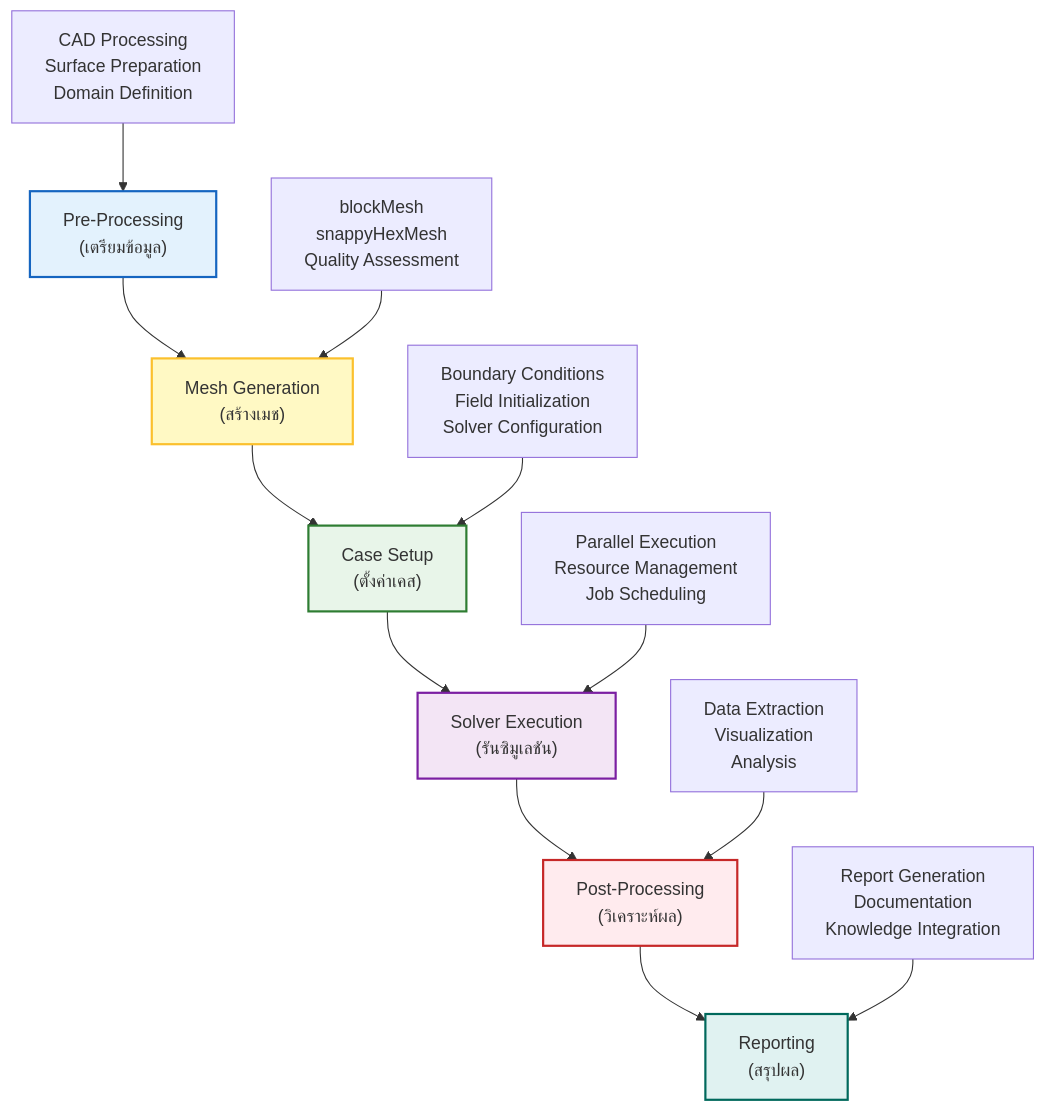
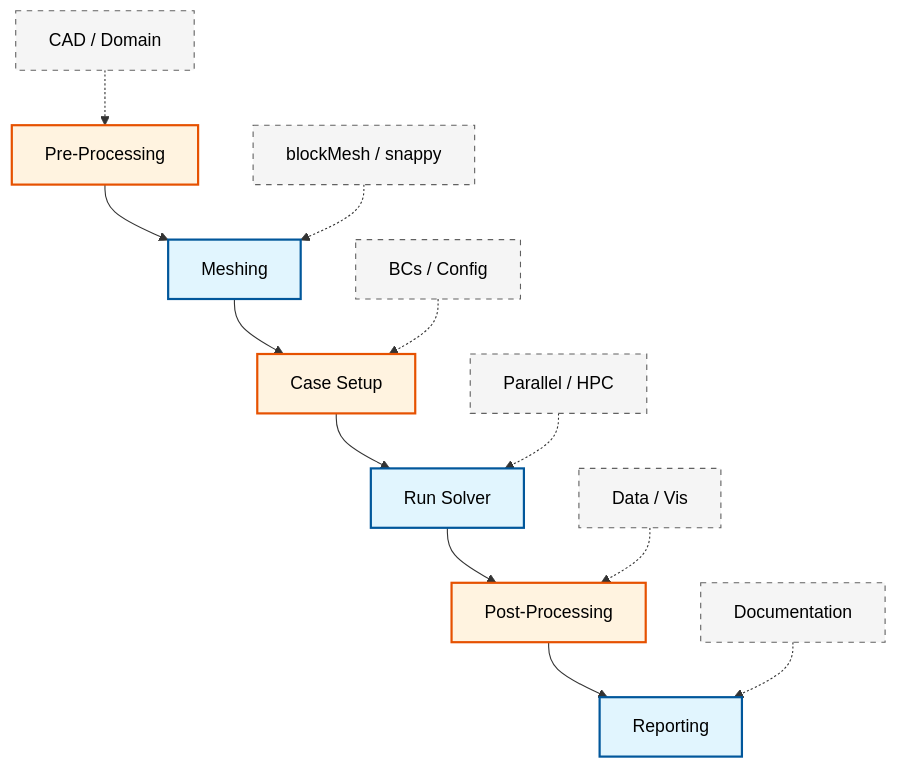
The first of 2 diagrams in MODULE_07_UTILITIES_AUTOMATION/CONTENT/05_AUTOMATION/01_🎯_Overview_Automation_Strategy.md (wramet/build-my-cfd), drawn with Mermaid before and after one commit. The commit also changed other lines of this file and 313 other files, not shown here.

Commit message:
Revise all diagram

````diff
--- a/MODULE_07_UTILITIES_AUTOMATION/CONTENT/05_AUTOMATION/01_🎯_Overview_Automation_Strategy.md
+++ b/MODULE_07_UTILITIES_AUTOMATION/CONTENT/05_AUTOMATION/01_🎯_Overview_Automation_Strategy.md
@@ -11,22 +11,19 @@
 ```mermaid
 flowchart TD
-    A["Pre-Processing<br/>(เตรียมข้อมูล)"] --> B["Mesh Generation<br/>(สร้างเมช)"]
-    B --> C["Case Setup<br/>(ตั้งค่าเคส)"]
-    C --> D["Solver Execution<br/>(รันซิมูเลชัน)"]
-    D --> E["Post-Processing<br/>(วิเคราะห์ผล)"]
-    E --> F["Reporting<br/>(สรุปผล)"]
+classDef implicit fill:#e1f5fe,stroke:#01579b,stroke-width:2px,color:#000
+classDef explicit fill:#fff3e0,stroke:#e65100,stroke-width:2px,color:#000
+classDef context fill:#f5f5f5,stroke:#616161,stroke-width:1px,color:#000,stroke-dasharray: 5 5
 
-    A1["CAD Processing<br/>Surface Preparation<br/>Domain Definition"] --> A
-    B1["blockMesh<br/>snappyHexMesh<br/>Quality Assessment"] --> B
-    C1["Boundary Conditions<br/>Field Initialization<br/>Solver Configuration"] --> C
-    D1["Parallel Execution<br/>Resource Management<br/>Job Scheduling"] --> D
-    E1["Data Extraction<br/>Visualization<br/>Analysis"] --> E
-    F1["Report Generation<br/>Documentation<br/>Knowledge Integration"] --> F
+A[Pre-Processing]:::explicit --> B[Meshing]:::implicit
+B --> C[Case Setup]:::explicit
+C --> D[Run Solver]:::implicit
+D --> E[Post-Processing]:::explicit
+E --> F[Reporting]:::implicit
 
-    style A fill:#e3f2fd,stroke:#1565c0,stroke-width:2px
-    style B fill:#fff9c4,stroke:#fbc02d,stroke-width:2px
-    style C fill:#e8f5e9,stroke:#2e7d32,stroke-width:2px
-    style D fill:#f3e5f5,stroke:#7b1fa2,stroke-width:2px
-    style E fill:#ffebee,stroke:#c62828,stroke-width:2px
-    style F fill:#e0f2f1,stroke:#00695c,stroke-width:2px
+A1[CAD / Domain]:::context -.-> A
+B1[blockMesh / snappy]:::context -.-> B
+C1[BCs / Config]:::context -.-> C
+D1[Parallel / HPC]:::context -.-> D
+E1[Data / Vis]:::context -.-> E
+F1[Documentation]:::context -.-> F
 ```
````
